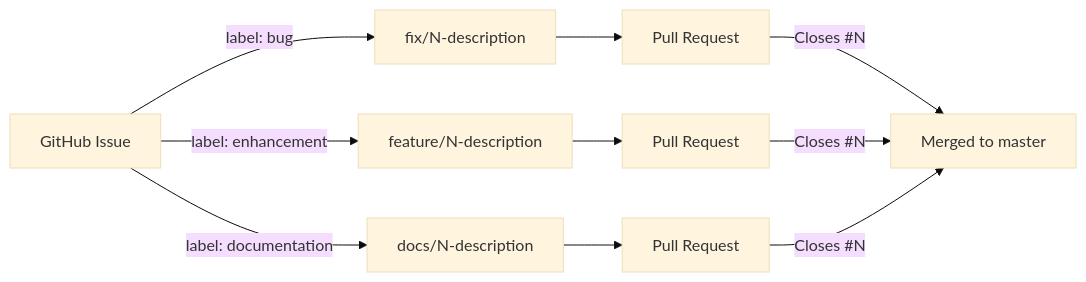
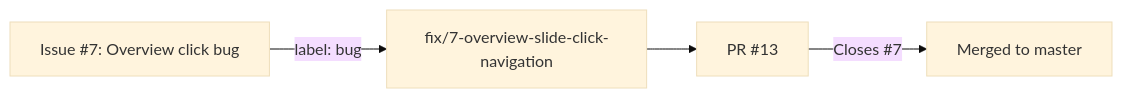
Before and after one commit to dulvac/marko-pollo: the fifth of 8 diagrams in presentations/agentic-development/slides.md, drawn with Mermaid (base theme). The commit also changed other lines of this file, not shown here.

First line of the commit message:
feat: replace generic issue swarm slides with real session data

````diff
--- a/presentations/agentic-development/slides.md
+++ b/presentations/agentic-development/slides.md
@@ -304,14 +304,6 @@
 ```mermaid
 flowchart LR
-    I[GitHub Issue] -->|label: bug| F1[fix/N-description]
-    I -->|label: enhancement| F2[feature/N-description]
-    I -->|label: documentation| F3[docs/N-description]
-
-    F1 --> PR1[Pull Request]
-    F2 --> PR2[Pull Request]
-    F3 --> PR3[Pull Request]
-
-    PR1 -->|Closes #N| M[Merged to master]
-    PR2 -->|Closes #N| M
-    PR3 -->|Closes #N| M
+    I["Issue #7: Overview click bug"] -->|"label: bug"| B["fix/7-overview-slide-click-navigation"]
+    B --> PR["PR #13"]
+    PR -->|"Closes #7"| M[Merged to master]
 ```
````
